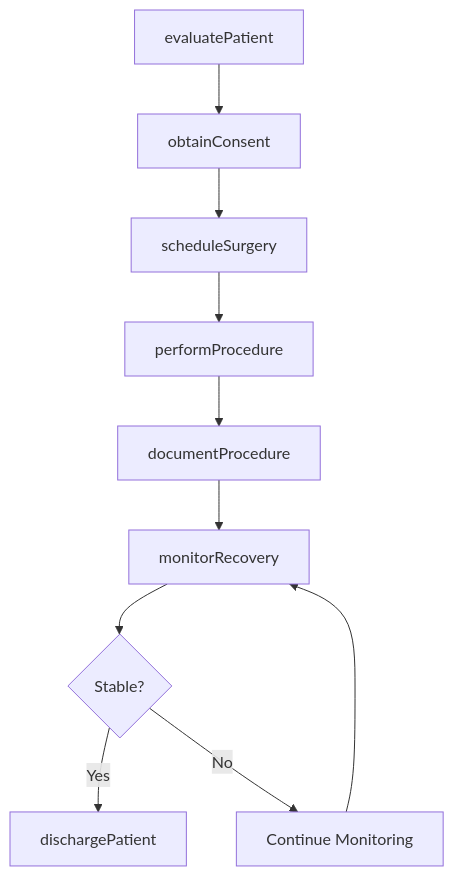
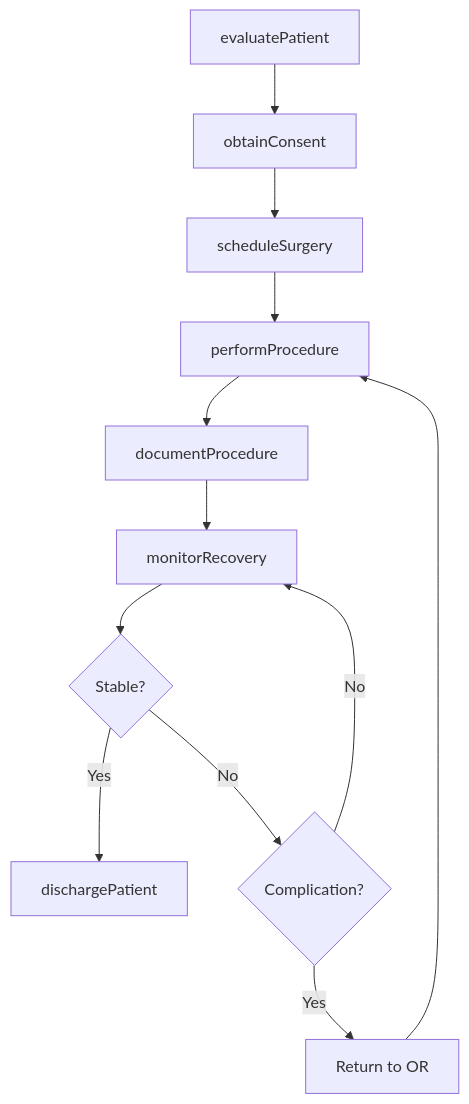
One commit to dot-org-ai/tasks.org.ai changed the third of 4 diagrams in AssistingAndCaringForOthers/TreatInjuriesIllnessesOrDiseases/OperatePatientsTreatConditions.mdx. Above: the diagram before and after it, drawn with Mermaid. The commit also changed other lines of this file and 504 other files, not shown here.

First line of the commit message:
feat: Add ER diagrams, state diagrams, and workflow improvements to 96 DWA task files

````diff
--- a/AssistingAndCaringForOthers/TreatInjuriesIllnessesOrDiseases/OperatePatientsTreatConditions.mdx
+++ b/AssistingAndCaringForOthers/TreatInjuriesIllnessesOrDiseases/OperatePatientsTreatConditions.mdx
@@ -88,12 +116,14 @@
 ```mermaid
 graph TD
     A[evaluatePatient] --> B[obtainConsent]
     B --> C[scheduleSurgery]
     C --> D[performProcedure]
     D --> E[documentProcedure]
     E --> F[monitorRecovery]
     F --> G{Stable?}
     G -->|Yes| H[dischargePatient]
-    G -->|No| I[Continue Monitoring]
-    I --> F
+    G -->|No| I{Complication?}
+    I -->|Yes| J[Return to OR]
+    I -->|No| F
+    J --> D
 ```
````
